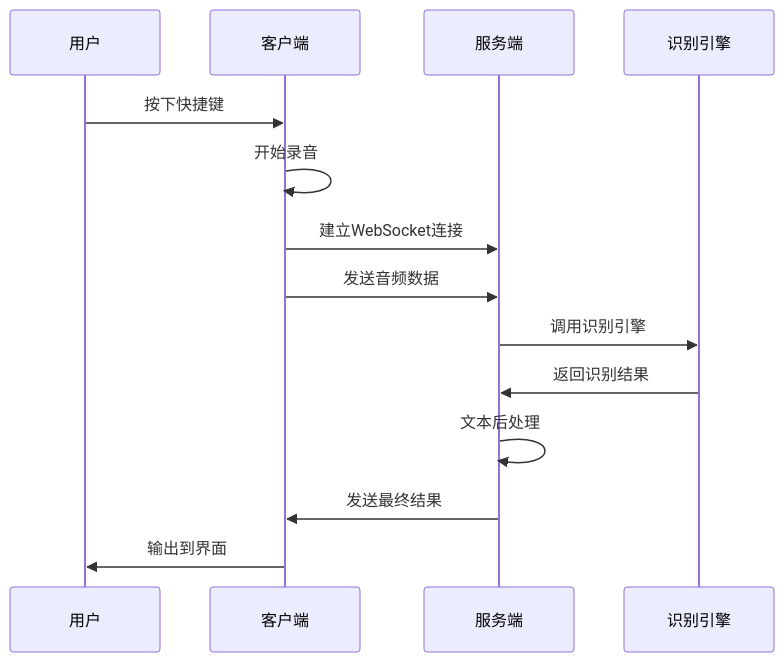
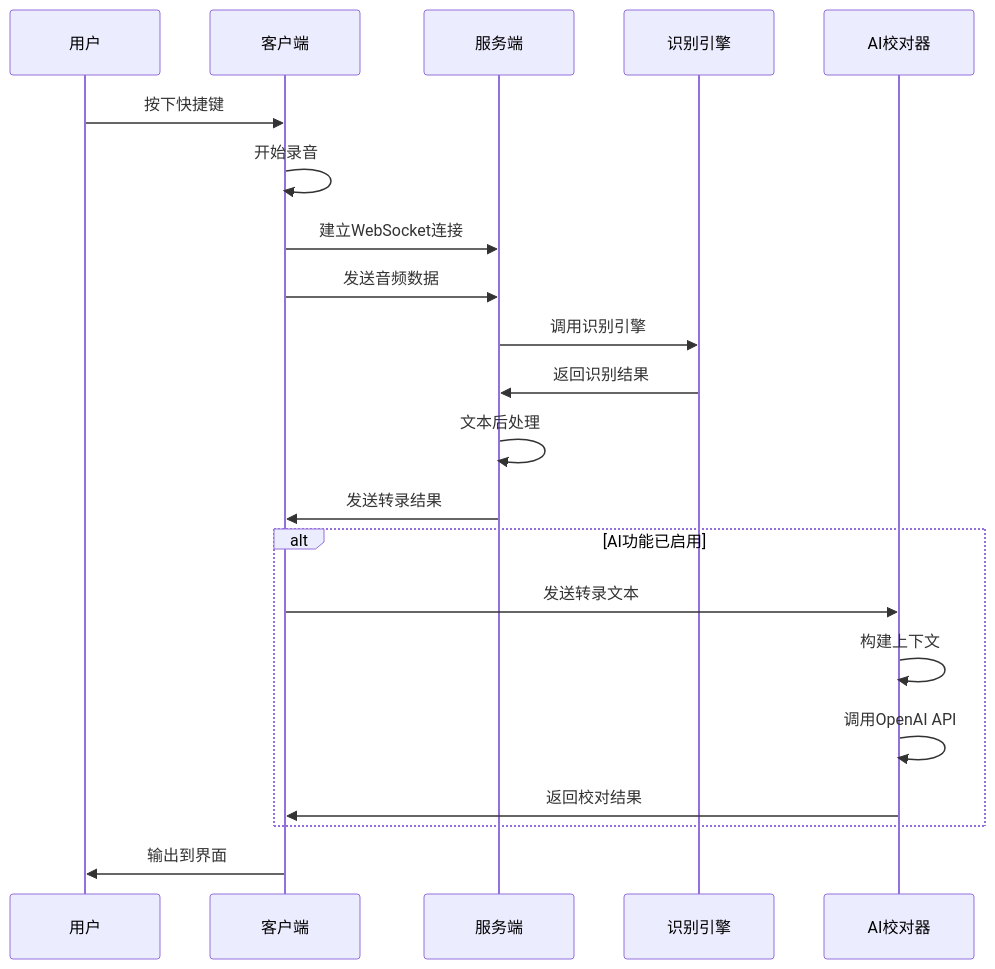
One commit to zj1123581321/CapsWriter-Offline-with-AI changed the second of 3 diagrams in docs/architecture.md. Above: the diagram before and after it, drawn with Mermaid. The commit also changed other lines of this file and 12 other files, not shown here.

````diff
--- a/docs/architecture.md
+++ b/docs/architecture.md
@@ -85,17 +90,24 @@
 ```mermaid
 sequenceDiagram
     participant U as 用户
     participant C as 客户端
     participant S as 服务端
     participant E as 识别引擎
+    participant AI as AI校对器
     
     U->>C: 按下快捷键
     C->>C: 开始录音
     C->>S: 建立WebSocket连接
     C->>S: 发送音频数据
     S->>E: 调用识别引擎
     E->>S: 返回识别结果
     S->>S: 文本后处理
-    S->>C: 发送最终结果
+    S->>C: 发送转录结果
+    alt AI功能已启用
+        C->>AI: 发送转录文本
+        AI->>AI: 构建上下文
+        AI->>AI: 调用OpenAI API
+        AI->>C: 返回校对结果
+    end
     C->>U: 输出到界面
 ```
````
